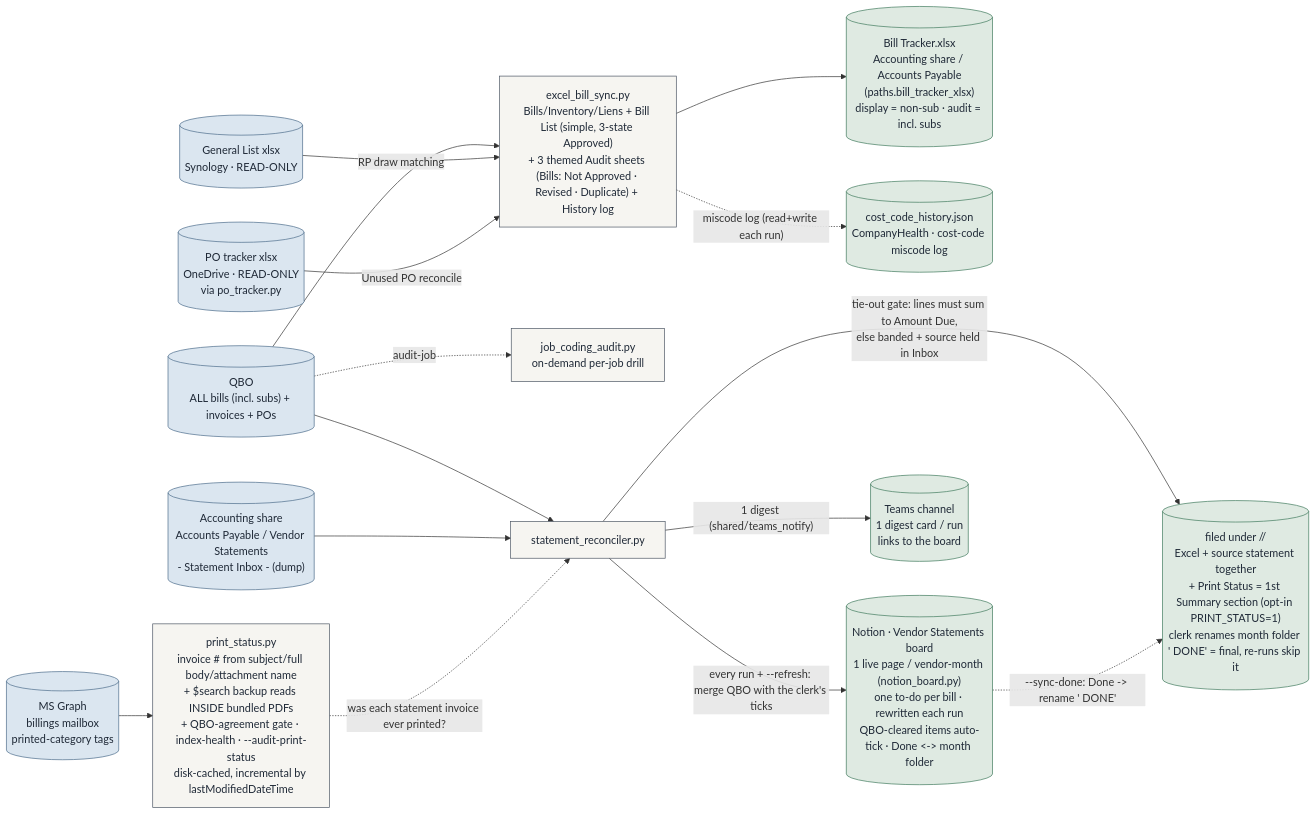
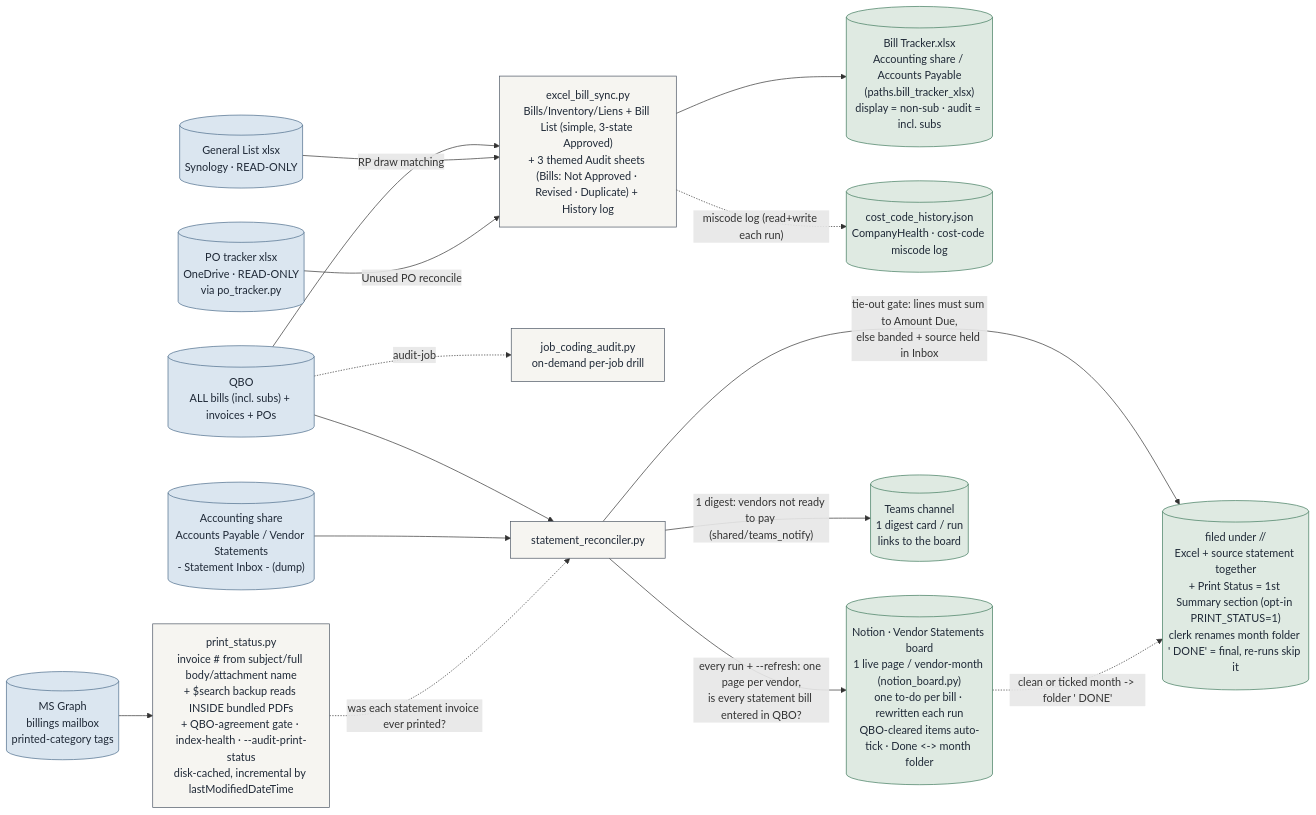
The third of 7 diagrams in docs/ARCHITECTURE.md (Ecarlo-Proficient/Claude-Report), drawn with Mermaid before and after one commit. The commit also changed 8 other files, not shown here.

First line of the commit message:
statement-reconciler: Notion board is one page per vendor, coloured by "is every statement bill entered in QBO?"; first live run

````diff
--- a/docs/ARCHITECTURE.md
+++ b/docs/ARCHITECTURE.md
@@ -259,33 +259,33 @@
 ```mermaid
 flowchart LR
     classDef src fill:#dbe6f0,stroke:#4A6B8A,color:#1f2937
     classDef tool fill:#f6f5f1,stroke:#4b5563,color:#1f2937
     classDef out fill:#dfeae2,stroke:#3E7A5C,color:#1f2937
 
     QBO[("QBO\nALL bills (incl. subs) + invoices + POs")]:::src
     NAS[("Accounting share\nAccounts Payable / Vendor Statements\n- Statement Inbox - (dump)")]:::src
     GL[("General List xlsx\nSynology · READ-ONLY")]:::src
     POT[("PO tracker xlsx\nOneDrive · READ-ONLY\nvia po_tracker.py")]:::src
     MBX[("MS Graph\nbillings mailbox\nprinted-category tags")]:::src
     BT["excel_bill_sync.py\nBills/Inventory/Liens + Bill List (simple, 3-state Approved)\n+ 3 themed Audit sheets (Bills: Not Approved · Revised · Duplicate) + History log"]:::tool
     JCA["job_coding_audit.py\non-demand per-job drill"]:::tool
     SR["statement_reconciler.py"]:::tool
     PS["print_status.py\ninvoice # from subject/full body/attachment name\n+ $search backup reads INSIDE bundled PDFs\n+ QBO-agreement gate · index-health · --audit-print-status\ndisk-cached, incremental by lastModifiedDateTime"]:::tool
     BX[("Bill Tracker.xlsx\nAccounting share / Accounts Payable\n(paths.bill_tracker_xlsx)\ndisplay = non-sub · audit = incl. subs")]:::out
     CCH[("cost_code_history.json\nCompanyHealth · cost-code miscode log")]:::out
     RX[("filed under <Vendor>/<MM-YYYY>/\nExcel + source statement together\n+ Print Status = 1st Summary section (opt-in PRINT_STATUS=1)\nclerk renames month folder '<MM-YYYY> DONE' = final, re-runs skip it")]:::out
     NB[("Notion · Vendor Statements board\n1 live page / vendor-month (notion_board.py)\none to-do per bill · rewritten each run\nQBO-cleared items auto-tick · Done <-> month folder")]:::out
     TEAMS[("Teams channel\n1 digest card / run\nlinks to the board")]:::out
 
     QBO --> BT --> BX
     BT -. "miscode log (read+write each run)" .-> CCH
     QBO -. "audit-job" .-> JCA
     GL -- "RP draw matching" --> BT
     POT -- "Unused PO reconcile" --> BT
     QBO --> SR
     NAS --> SR -- "tie-out gate: lines must sum to Amount Due,\nelse banded + source held in Inbox" --> RX
-    SR -- "every run + --refresh: merge QBO with the clerk's ticks" --> NB
-    SR -- "1 digest (shared/teams_notify)" --> TEAMS
-    NB -. "--sync-done: Done -> rename '<MM-YYYY> DONE'" .-> RX
+    SR -- "every run + --refresh: one page per vendor,\nis every statement bill entered in QBO?" --> NB
+    SR -- "1 digest: vendors not ready to pay (shared/teams_notify)" --> TEAMS
+    NB -. "clean or ticked month -> folder '<MM-YYYY> DONE'" .-> RX
     MBX --> PS -. "was each statement invoice ever printed?" .-> SR
 ```
````
